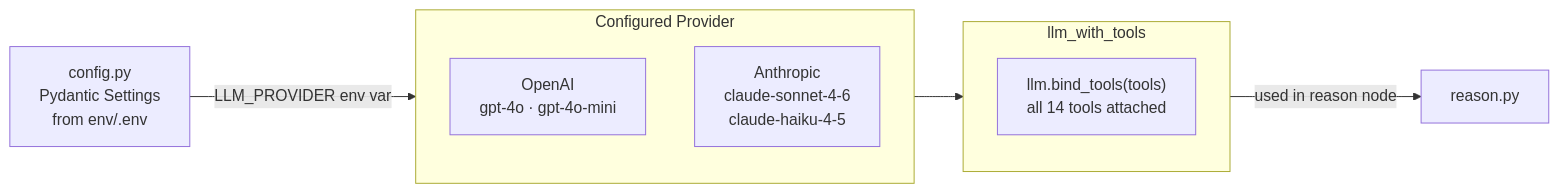
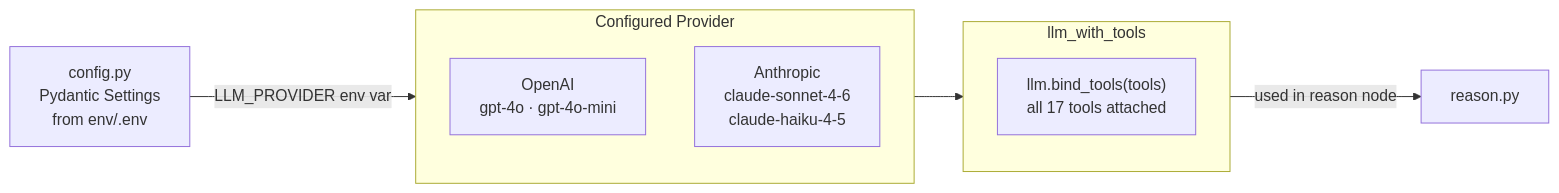
Diagram 11 of 11 in server/ARCHITECTURE.md (Zaexv/world-of-prompcraft), drawn with Mermaid before and after one commit. The commit also changed other lines of this file and 61 other files, not shown here.

````diff
--- a/server/ARCHITECTURE.md
+++ b/server/ARCHITECTURE.md
@@ -417,17 +417,17 @@
 ```mermaid
 flowchart LR
     CFG["config.py\nPydantic Settings\nfrom env/.env"]
 
     subgraph Providers["Configured Provider"]
         OA["OpenAI\ngpt-4o · gpt-4o-mini"]
         AN["Anthropic\nclaude-sonnet-4-6\nclaude-haiku-4-5"]
     end
 
     subgraph Binding["llm_with_tools"]
-        BT["llm.bind_tools(tools)\nall 14 tools attached"]
+        BT["llm.bind_tools(tools)\nall 17 tools attached"]
     end
 
     CFG -->|"LLM_PROVIDER env var"| Providers
     Providers --> Binding
     Binding -->|"used in reason node"| RN["reason.py"]
 ```
````
